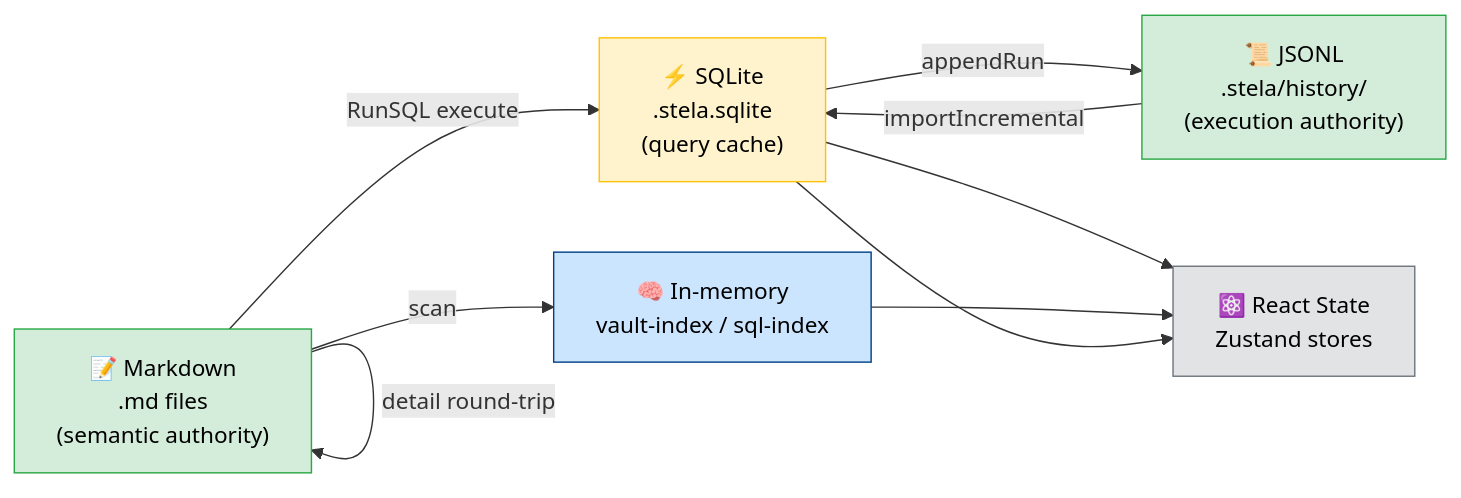
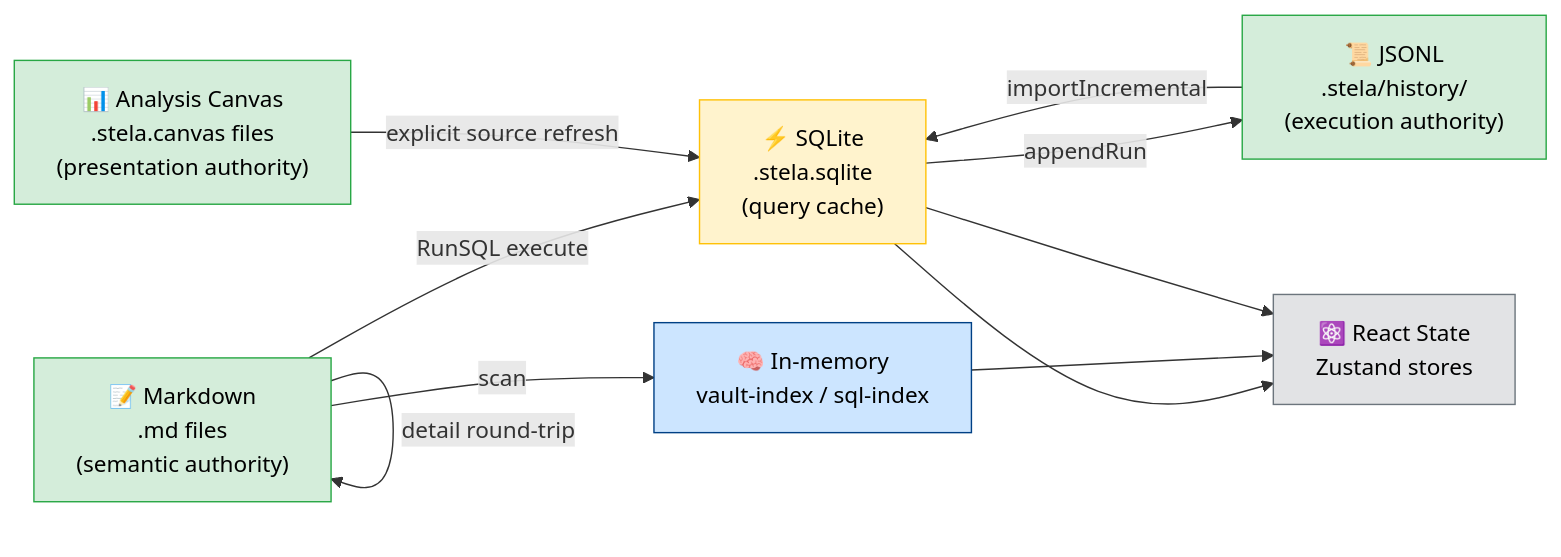
The first of 2 diagrams in docs/ARCHITECTURE.md (ay27/Stela), drawn with Mermaid before and after one commit. The commit also changed other lines of this file and 48 other files, not shown here.

````diff
--- a/docs/ARCHITECTURE.md
+++ b/docs/ARCHITECTURE.md
@@ -27,23 +27,26 @@
 ```mermaid
 flowchart LR
     MD["📝 Markdown\n.md files\n(semantic authority)"]
+    CANVAS["📊 Analysis Canvas\n.stela.canvas files\n(presentation authority)"]
     JSONL["📜 JSONL\n.stela/history/\n(execution authority)"]
     SQL["⚡ SQLite\n.stela.sqlite\n(query cache)"]
     IDX["🧠 In-memory\nvault-index / sql-index"]
     UI["⚛️ React State\nZustand stores"]
 
     MD -->|"RunSQL execute"| SQL
+    CANVAS -->|"explicit source refresh"| SQL
     SQL -->|"appendRun"| JSONL
     MD -->|"detail round-trip"| MD
     JSONL -->|"importIncremental"| SQL
     MD -->|"scan"| IDX
     SQL --> UI
     IDX --> UI
     SQL --> UI
 
     style MD fill:#d4edda,stroke:#28a745,color:#000
+    style CANVAS fill:#d4edda,stroke:#28a745,color:#000
     style JSONL fill:#d4edda,stroke:#28a745,color:#000
     style SQL fill:#fff3cd,stroke:#ffc107,color:#000
     style IDX fill:#cce5ff,stroke:#004085,color:#000
     style UI fill:#e2e3e5,stroke:#6c757d,color:#000
 ```
````
